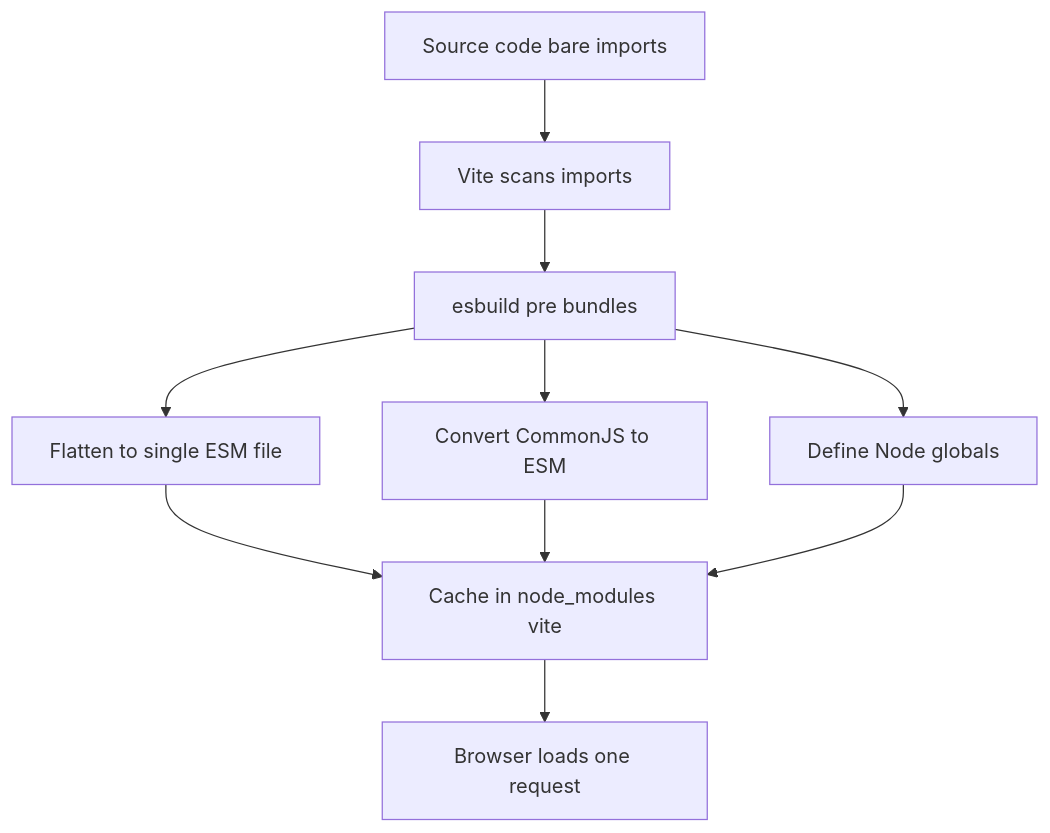
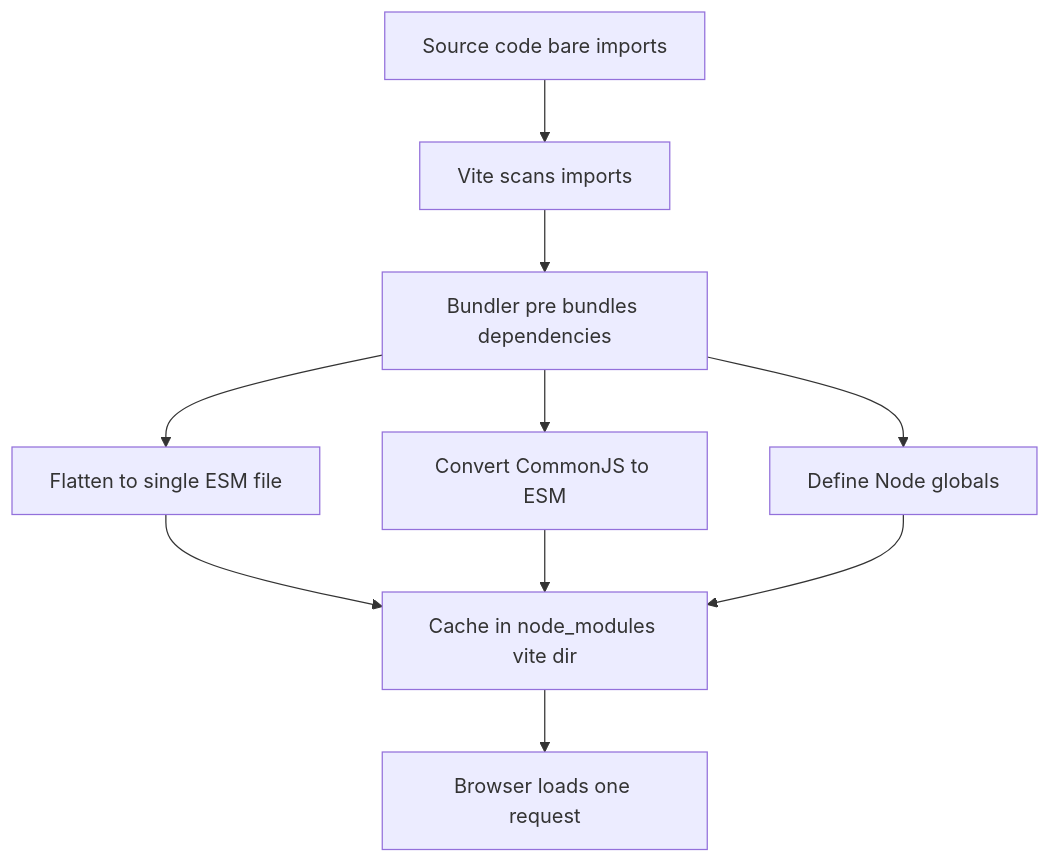
Before and after one commit to andrewchanlab/Self-Learning-Obsidian-Vault: the diagram in vite/2026-10-26 - Vite - Learning Point 17.md, drawn with Mermaid. The commit also changed other lines of this file and 49 other files, not shown here.

````diff
--- a/vite/2026-10-26 - Vite - Learning Point 17.md
+++ b/vite/2026-10-26 - Vite - Learning Point 17.md
@@ -44,12 +48,12 @@
 ```mermaid
 flowchart TD
     A[Source code bare imports] --> B[Vite scans imports]
-    B --> C[esbuild pre bundles]
+    B --> C[Bundler pre bundles dependencies]
     C --> D[Flatten to single ESM file]
     C --> E[Convert CommonJS to ESM]
     C --> F[Define Node globals]
-    D --> G[Cache in node_modules vite]
+    D --> G[Cache in node_modules vite dir]
     E --> G
     F --> G
     G --> H[Browser loads one request]
 ```
````
